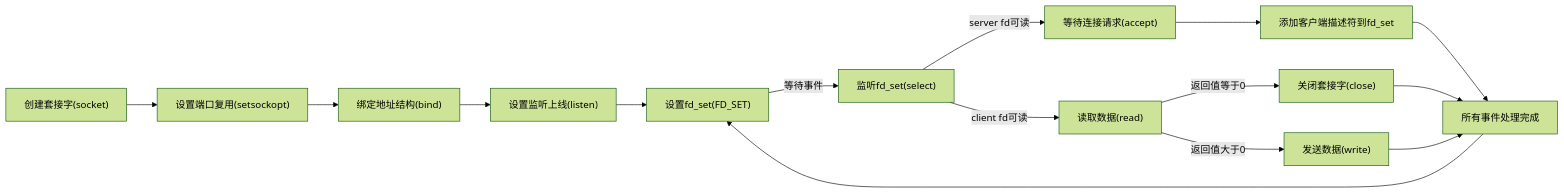
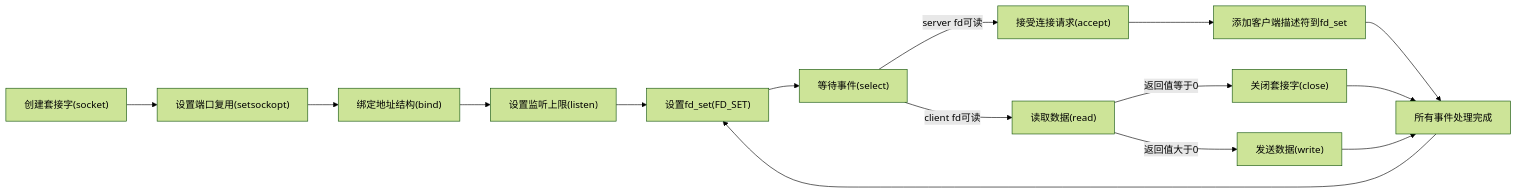
The diagram in 2.select/README.md (LuoDLin/NetConnectCPP), drawn with Mermaid (forest theme) before and after one commit. The commit also changed 3 other files, not shown here.

````diff
--- a/2.select/README.md
+++ b/2.select/README.md
@@ -3,22 +3,22 @@
 ``` mermaid
 graph LR
     socket[创建套接字&#40socket&#41]
     setsockopt[设置端口复用&#40setsockopt&#41]
     bind[绑定地址结构&#40bind&#41]
-    listen[设置监听上线&#40listen&#41]
-    accept[等待连接请求&#40accept&#41]
+    listen[设置监听上限&#40listen&#41]
+    accept[接受连接请求&#40accept&#41]
     read[读取数据&#40read&#41]
     write[发送数据&#40write&#41]
     close[关闭套接字&#40close&#41]
-    select[监听fd_set&#40select&#41]
+    select[等待事件&#40select&#41]
     setfd[设置fd_set&#40FD_SET&#41]
     finsh[所有事件处理完成]
     addset[添加客户端描述符到fd_set]
-    socket --> setsockopt --> bind --> listen --> setfd -->|等待事件| select
+    socket --> setsockopt --> bind --> listen --> setfd --> select
     select --> |server fd可读| accept --> addset --> finsh
     select --> |client fd可读| read
     read -->|返回值等于0| close --> finsh
     read -->|返回值大于0| write --> finsh
     finsh --> setfd
     
 ```
````
